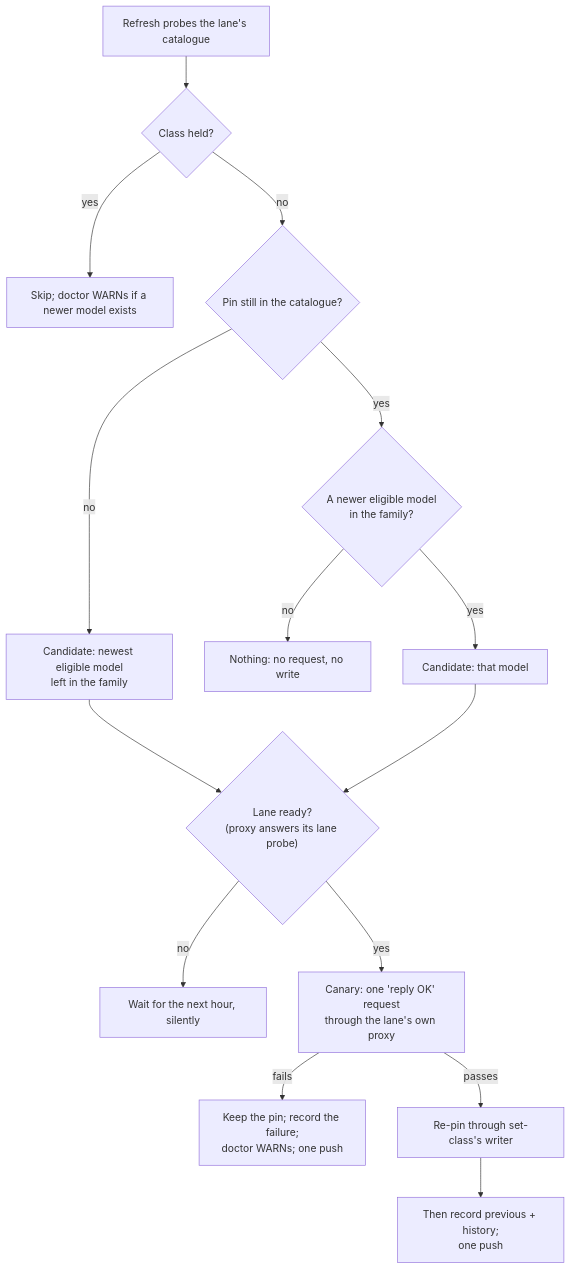
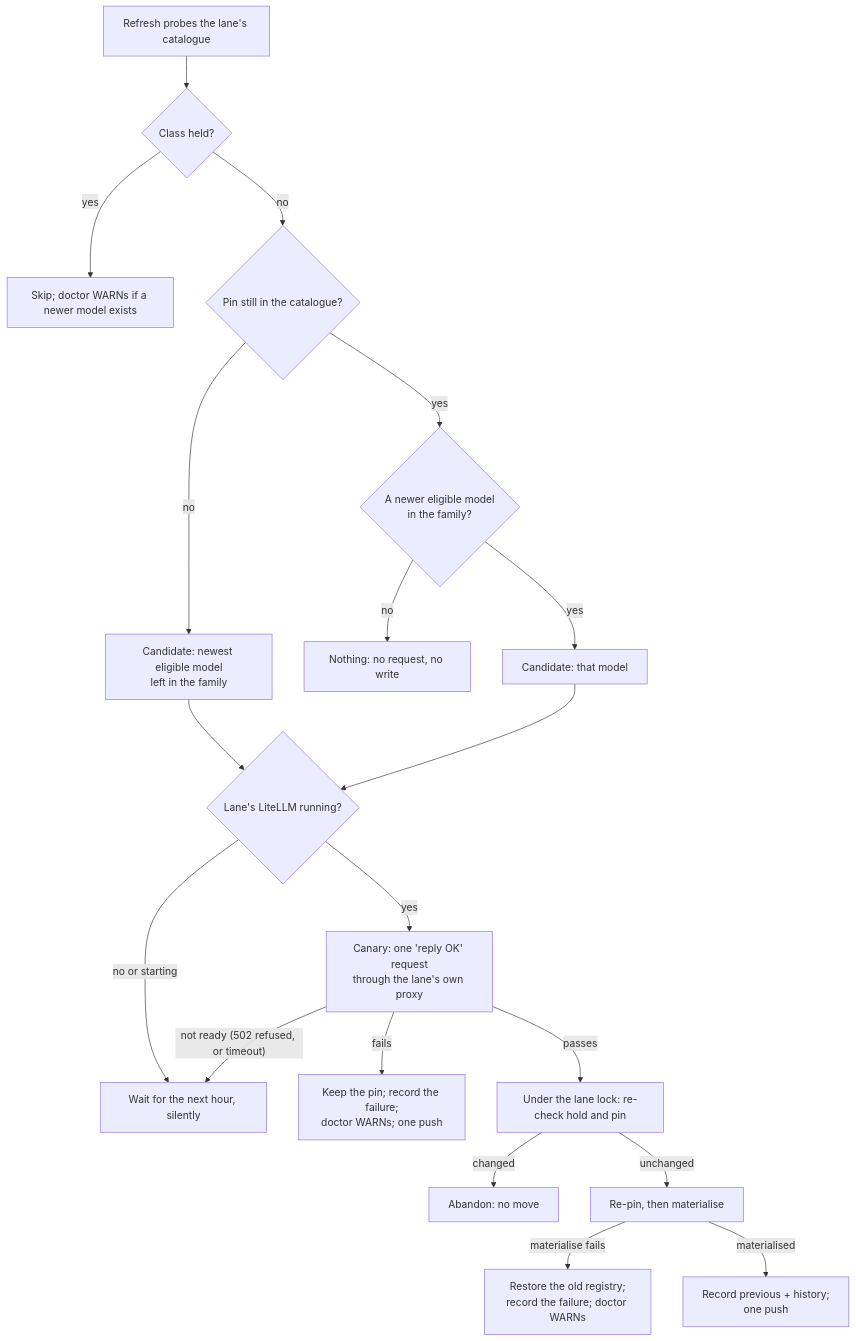
One commit to Synapsium-Labs/ccrc-pwa changed the first of 2 diagrams in docs/superpowers/specs/2026-10-13-model-class-auto-advance-design.md. Above: the diagram before and after it, drawn with Mermaid. The commit also changed other lines of this file, not shown here.

````diff
--- a/docs/superpowers/specs/2026-10-13-model-class-auto-advance-design.md
+++ b/docs/superpowers/specs/2026-10-13-model-class-auto-advance-design.md
@@ -93,17 +115,21 @@
 ```mermaid
 flowchart TD
   A["Refresh probes the lane's catalogue"] --> B{"Class held?"}
   B -- "yes" --> H["Skip; doctor WARNs if a newer model exists"]
   B -- "no" --> C{"Pin still in the catalogue?"}
   C -- "no" --> R["Candidate: newest eligible model<br/>left in the family"]
   C -- "yes" --> D{"A newer eligible model<br/>in the family?"}
   D -- "no" --> N["Nothing: no request, no write"]
   D -- "yes" --> E["Candidate: that model"]
-  R --> F{"Lane ready?<br/>(proxy answers its lane probe)"}
+  R --> F{"Lane's LiteLLM running?"}
   E --> F
-  F -- "no" --> W["Wait for the next hour, silently"]
+  F -- "no or starting" --> W["Wait for the next hour, silently"]
   F -- "yes" --> G["Canary: one 'reply OK' request<br/>through the lane's own proxy"]
+  G -- "not ready (502 refused, or timeout)" --> W
   G -- "fails" --> X["Keep the pin; record the failure;<br/>doctor WARNs; one push"]
-  G -- "passes" --> M["Re-pin through set-class's writer"]
-  M --> P["Then record previous + history;<br/>one push"]
+  G -- "passes" --> L["Under the lane lock: re-check hold and pin"]
+  L -- "changed" --> Q["Abandon: no move"]
+  L -- "unchanged" --> M["Re-pin, then materialise"]
+  M -- "materialise fails" --> U["Restore the old registry;<br/>record the failure; doctor WARNs"]
+  M -- "materialised" --> P["Record previous + history;<br/>one push"]
 ```
````
